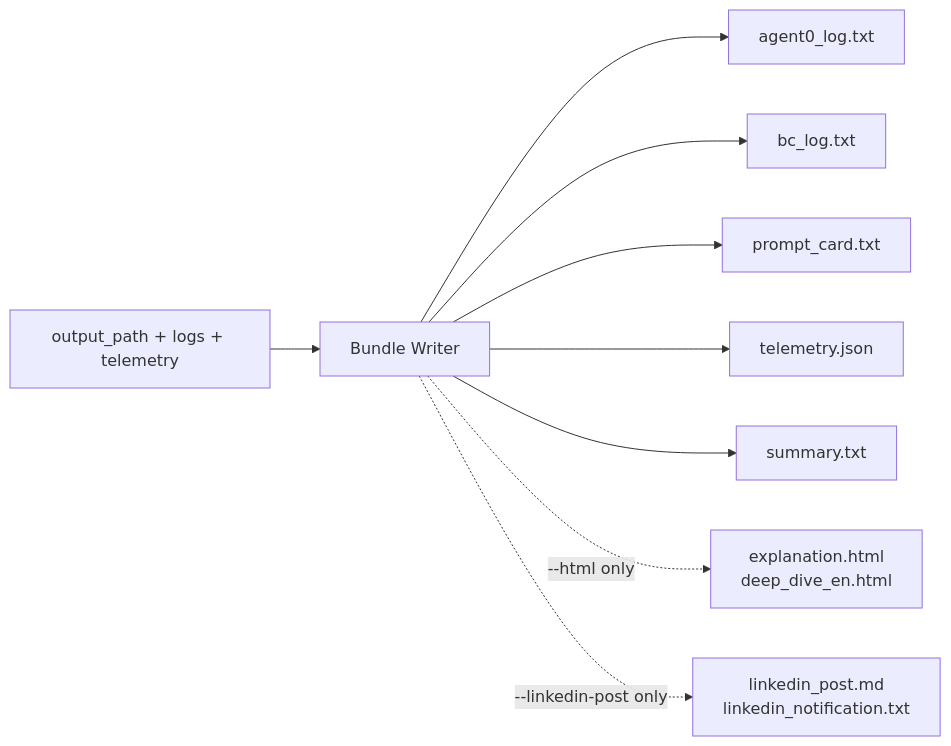
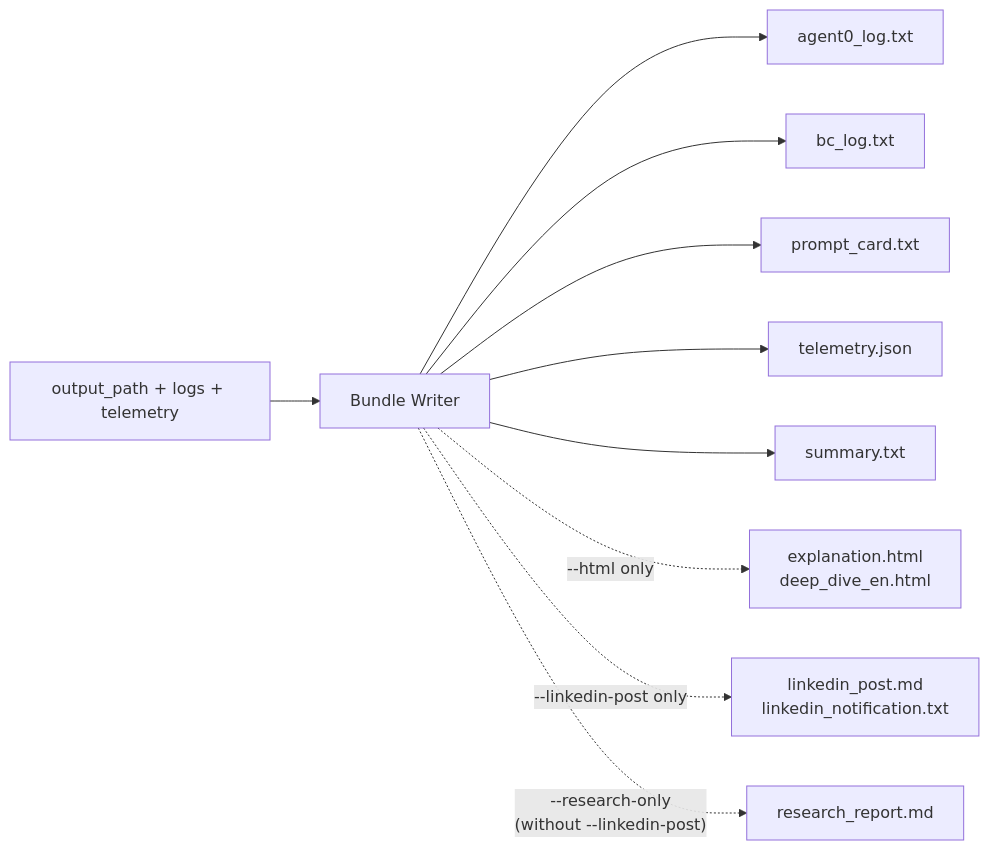
Before and after one commit to josemrsantos/gata: the tenth of 10 diagrams in docs/architecture.md, drawn with Mermaid. The commit also changed other lines of this file and 18 other files, not shown here.

First line of the commit message:
feat: spec 046 — research-only mode

````diff
--- a/docs/architecture.md
+++ b/docs/architecture.md
@@ -787,17 +820,19 @@
 ```mermaid
 flowchart LR
     IN["output_path + logs + telemetry"]
     BW["Bundle Writer"]
     F2["agent0_log.txt"]
     F3["bc_log.txt"]
     F4["prompt_card.txt"]
     F5["telemetry.json"]
     F6["summary.txt"]
     FH["explanation.html\ndeep_dive_en.html"]
     FL["linkedin_post.md\nlinkedin_notification.txt"]
+    FR["research_report.md"]
 
     IN --> BW
     BW --> F2 & F3 & F4 & F5 & F6
     BW -.->|"--html only"| FH
     BW -.->|"--linkedin-post only"| FL
+    BW -.->|"--research-only\n(without --linkedin-post)"| FR
 ```
````
